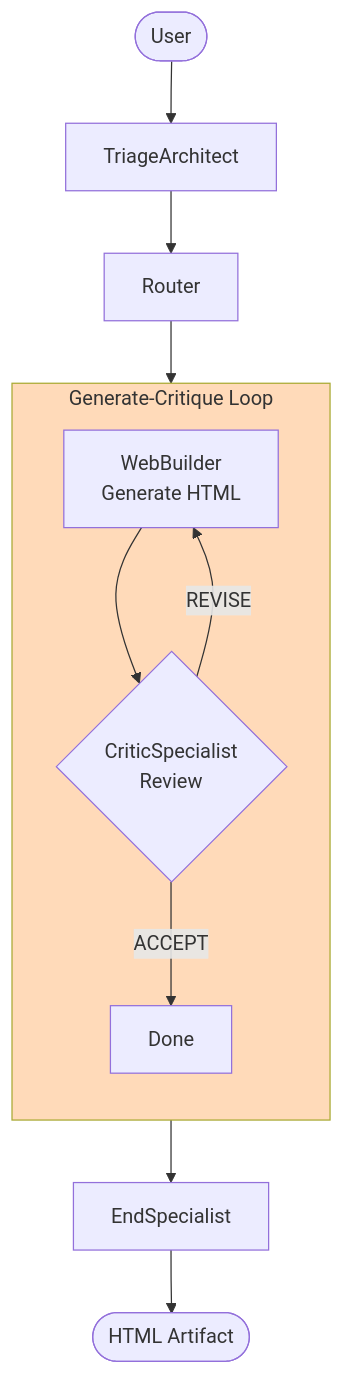
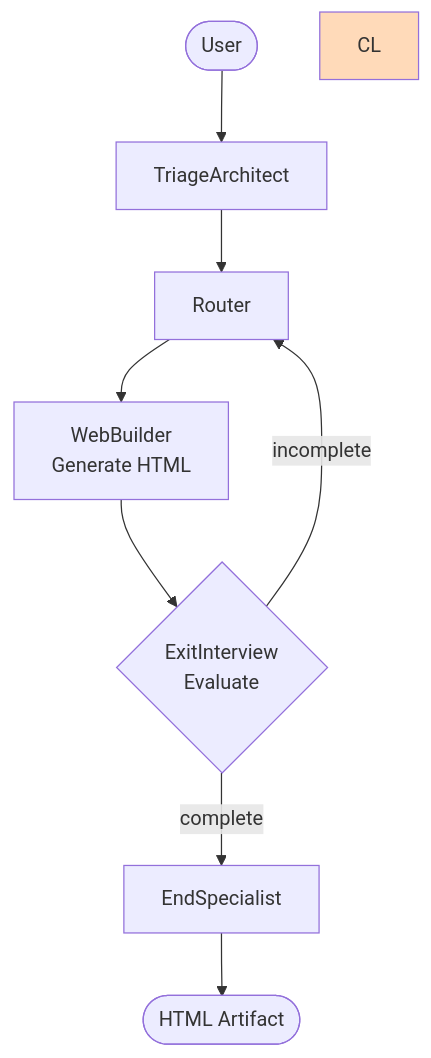
Diagram 12 of 17 in docs/FLOWS.md (shanevcantwell/langgraph-agentic-scaffold), drawn with Mermaid before and after one commit. The commit also changed other lines of this file and 1 other file, not shown here.

Commit message:
docs: remove critic loop references from SUBGRAPHS.md and FLOWS.md (#161)
Update generation flow documentation to reflect web_builder as a
standard hub-and-spoke specialist that flows through Exit Interview
for completion evaluation.

````diff
--- a/docs/FLOWS.md
+++ b/docs/FLOWS.md
@@ -451,21 +449,12 @@
 ```mermaid
 flowchart TB
     User([User]) --> Triage[TriageArchitect]
     Triage --> Router[Router]
-    Router --> CL
-
-    subgraph CL[Generate-Critique Loop]
-        direction TB
-        Builder[WebBuilder<br/>Generate HTML]
-        Critic{CriticSpecialist<br/>Review}
-
-        Builder --> Critic
-        Critic -->|REVISE| Builder
-        Critic -->|ACCEPT| Done[Done]
-    end
-
-    CL --> End[EndSpecialist]
+    Router --> Builder[WebBuilder<br/>Generate HTML]
+    Builder --> EI{ExitInterview<br/>Evaluate}
+    EI -->|incomplete| Router
+    EI -->|complete| End[EndSpecialist]
     End --> Response([HTML Artifact])
 
     style CL fill:#FFDAB9
 ```
````
